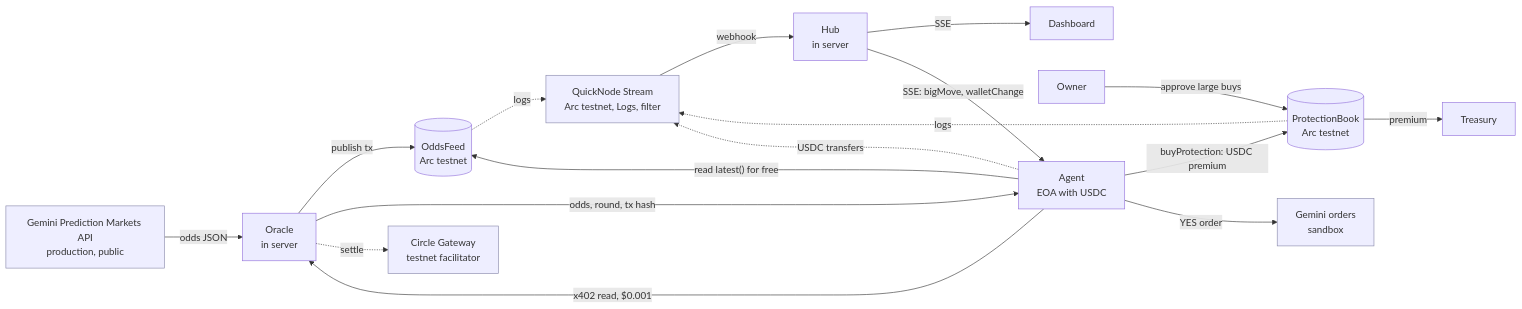
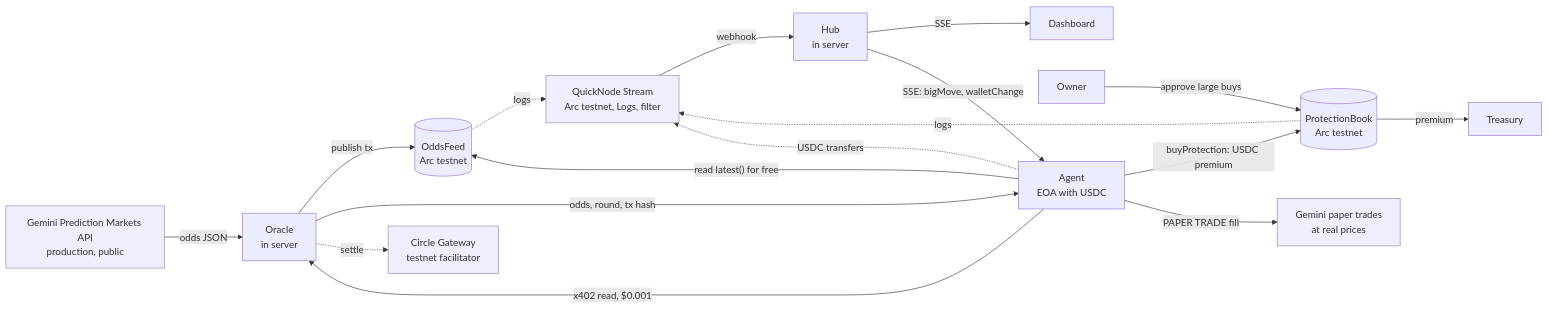
One commit to DhruPtel/UBC-2026-Probability-Oracle changed the diagram in PLAN.md. Above: the diagram before and after it, drawn with Mermaid. The commit also changed other lines of this file and 16 other files, not shown here.

Commit message:
4.2: ProtectionBook on Arc, agent buys protection (USDC premium onchain, paper fill at real price)

````diff
--- a/PLAN.md
+++ b/PLAN.md
@@ -211,20 +212,20 @@
 ```mermaid
 flowchart LR
   GEM[Gemini Prediction Markets API<br/>production, public]:::ext -->|odds JSON| ORA[Oracle<br/>in server]
   ORA -->|publish tx| FEED[(OddsFeed<br/>Arc testnet)]
   AG[Agent<br/>EOA with USDC] -->|"x402 read, $0.001"| ORA
   ORA -->|odds, round, tx hash| AG
   ORA -.->|settle| GW[Circle Gateway<br/>testnet facilitator]:::ext
   AG -->|"read latest() for free"| FEED
   AG -->|buyProtection: USDC premium| BOOK[(ProtectionBook<br/>Arc testnet)]
   BOOK -->|premium| TRE[Treasury]
   OWN[Owner] -->|approve large buys| BOOK
-  AG -->|YES order| GEX[Gemini orders<br/>sandbox]:::ext
+  AG -->|PAPER TRADE fill| GEX[Gemini paper trades<br/>at real prices]:::ext
   FEED -.->|logs| QN[QuickNode Stream<br/>Arc testnet, Logs, filter]:::ext
   BOOK -.->|logs| QN
   AG -.->|USDC transfers| QN
   QN -->|webhook| HUB[Hub<br/>in server]
   HUB -->|SSE| DASH[Dashboard]
   HUB -->|"SSE: bigMove, walletChange"| AG
   classDef ext fill:#eef,stroke:#88a
 ```
````
